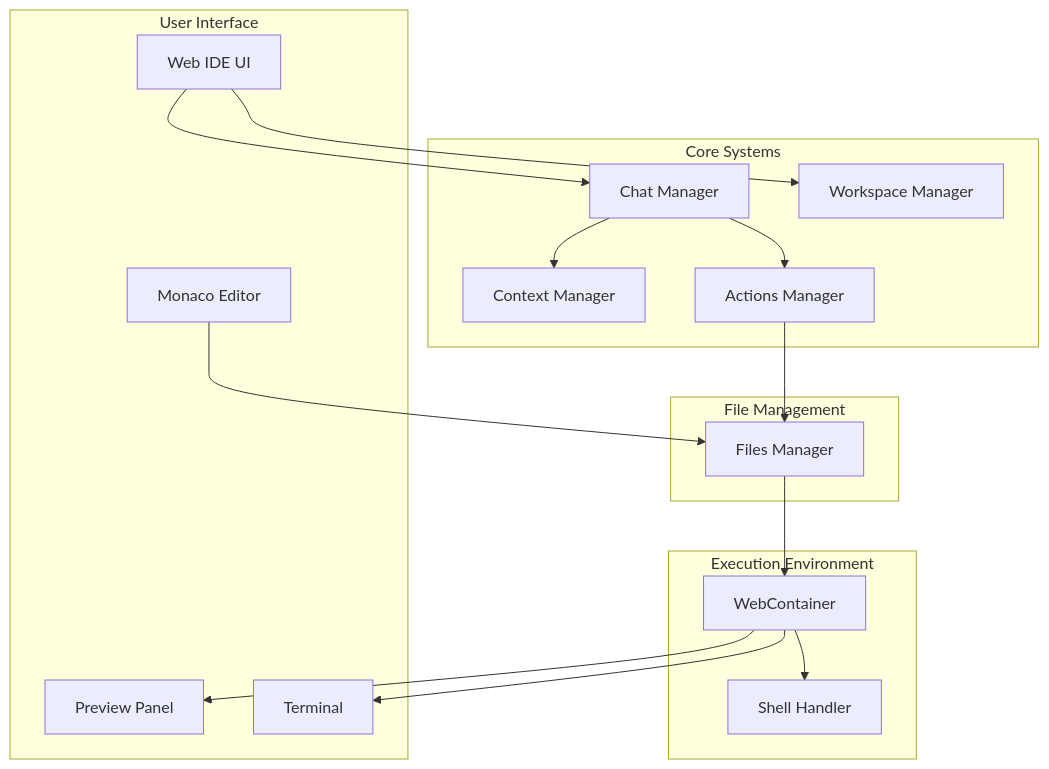
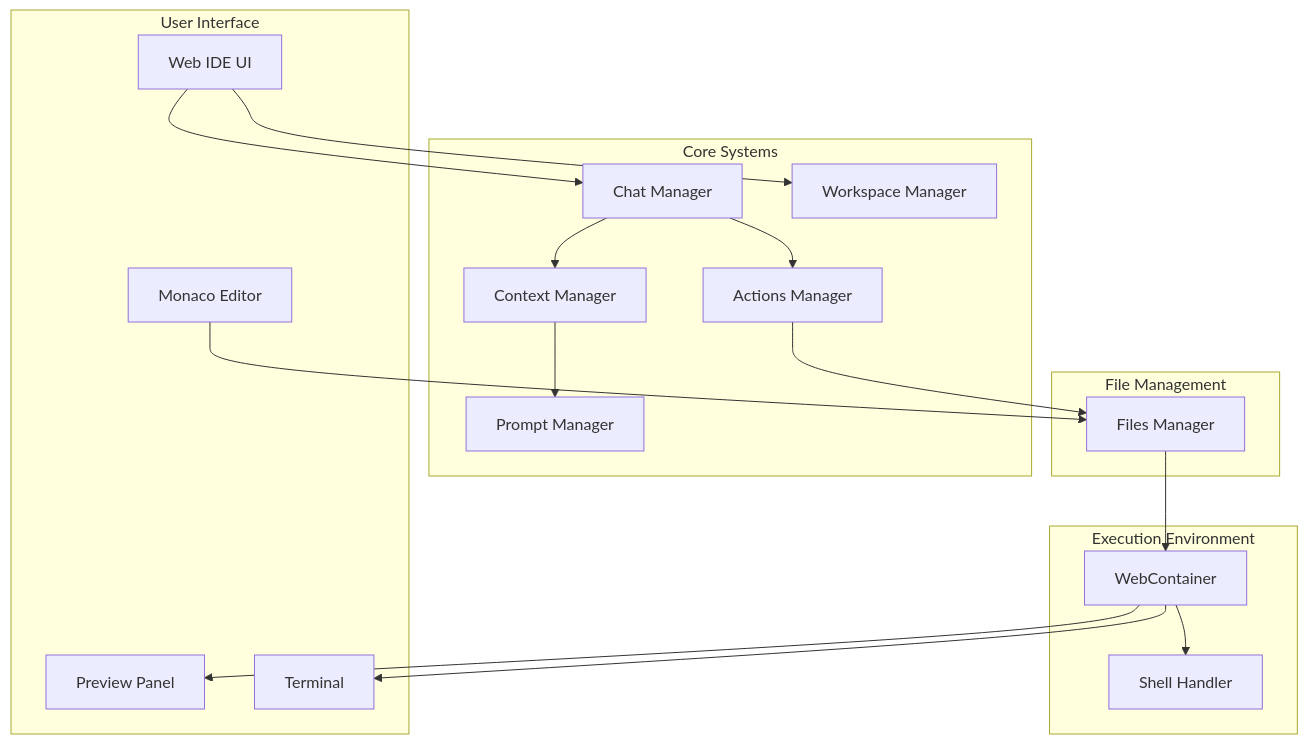
One commit to mrsimpson/piddie changed the first of 16 diagrams in architecture.md. Above: the diagram before and after it, drawn with Mermaid. The commit also changed other lines of this file, not shown here.

Commit message:
Peer-Review Gemini: Prompt manager

````diff
--- a/architecture.md
+++ b/architecture.md
@@ -24,39 +24,41 @@
 ```mermaid
 graph TD
     subgraph "User Interface"
         UI[Web IDE UI]
         ED[Monaco Editor]
         PV[Preview Panel]
         TR[Terminal]
     end
 
     subgraph "Core Systems"
         CHM[Chat Manager]
         CM[Context Manager]
+        PM[Prompt Manager]
         AM[Actions Manager]
         WM[Workspace Manager]
     end
 
     subgraph "File Management"
         FM[Files Manager]
     end
 
     subgraph "Execution Environment"
         WC[WebContainer]
         SH[Shell Handler]
     end
 
     UI --> CHM
     UI --> WM
     ED --> FM
     
     CHM --> CM
+    CM --> PM
     CHM --> AM
     AM --> FM
     
     FM --> WC
     
     WC --> SH
     WC --> PV
     WC --> TR
 ```
````
